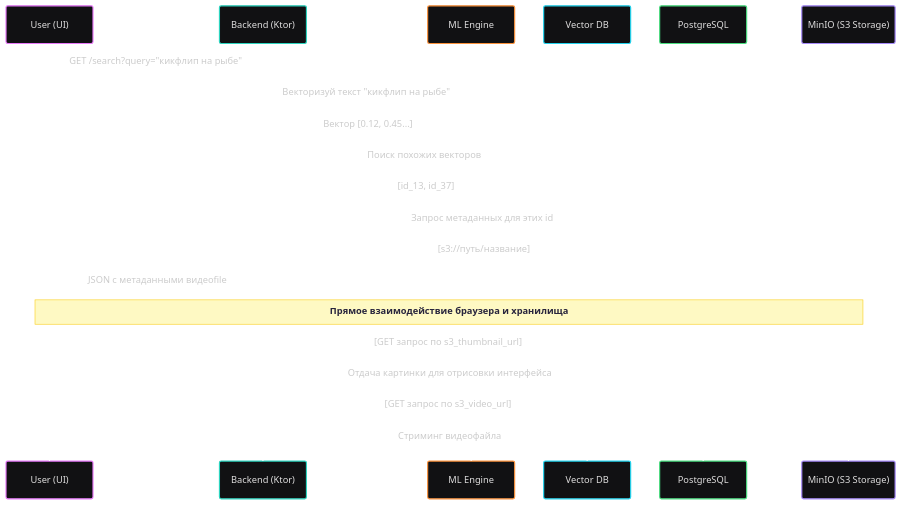
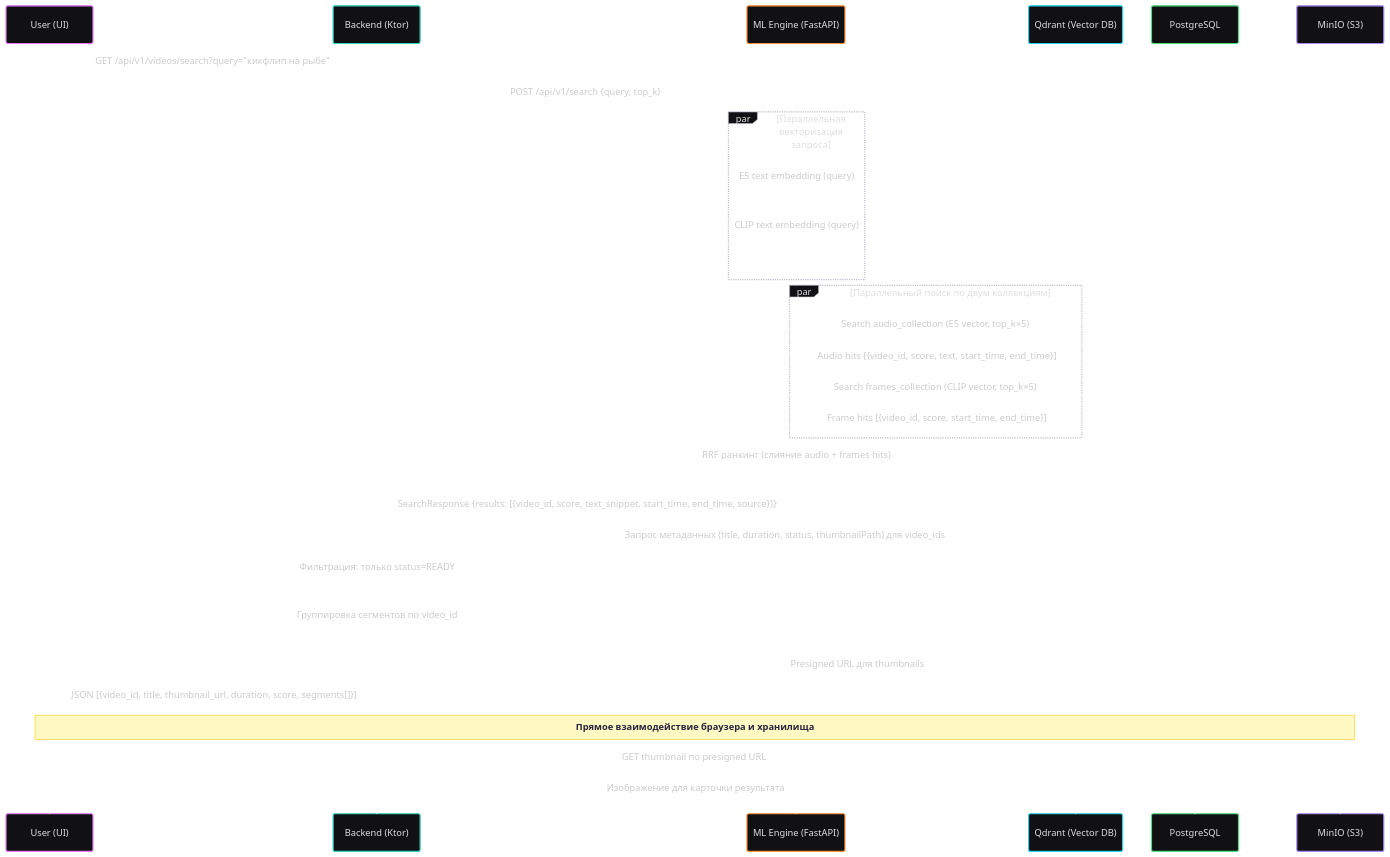
One commit to Team-v3-9-a/OmniSearch-Engine changed the diagram in docs/architecture/retrieval-pipeline.md. Above: the diagram before and after it, drawn with Mermaid. The commit also changed other lines of this file and 4 other files, not shown here.

Commit message:
docs: add project documentation, API specification, and architectural overview files

````diff
--- a/docs/architecture/retrieval-pipeline.md
+++ b/docs/architecture/retrieval-pipeline.md
@@ -1,27 +7,41 @@
 ```mermaid
 ---
 config:
   theme: redux-dark-color
 ---
 sequenceDiagram
     participant U as User (UI)
     participant K as Backend (Ktor)
-    participant ML as ML Engine
-    participant V as Vector DB
+    participant ML as ML Engine (FastAPI)
+    participant QD as Qdrant (Vector DB)
     participant DB as PostgreSQL
-    participant S3 as MinIO (S3 Storage)
+    participant S3 as MinIO (S3)
 
-    U->>K: GET /search?query="кикфлип на рыбе"
-    K->>ML: Векторизуй текст "кикфлип на рыбе"
-    ML-->>K: Вектор [0.12, 0.45...]
-    K->>V: Поиск похожих векторов   
-    V-->>K: [id_13, id_37]
-    K->>DB: Запрос метаданных для этих id
-    DB-->>K:[s3://путь/название]
-    K-->>U: JSON с метаданными видеоfile
+    U->>K: GET /api/v1/videos/search?query="кикфлип на рыбе"
+    K->>ML: POST /api/v1/search {query, top_k}
+
+    par Параллельная векторизация запроса
+        ML->>ML: E5 text embedding (query)
+        ML->>ML: CLIP text embedding (query)
+    end
+
+    par Параллельный поиск по двум коллекциям
+        ML->>QD: Search audio_collection (E5 vector, top_k×5)
+        QD-->>ML: Audio hits [{video_id, score, text, start_time, end_time}]
+        ML->>QD: Search frames_collection (CLIP vector, top_k×5)
+        QD-->>ML: Frame hits [{video_id, score, start_time, end_time}]
+    end
+
+    ML->>ML: RRF ранкинг (слияние audio + frames hits)
+    ML-->>K: SearchResponse {results: [{video_id, score, text_snippet, start_time, end_time, source}]}
+
+    K->>DB: Запрос метаданных (title, duration, status, thumbnailPath) для video_ids
+    K->>K: Фильтрация: только status=READY
+    K->>K: Группировка сегментов по video_id
+    K->>S3: Presigned URL для thumbnails
+    K-->>U: JSON [{video_id, title, thumbnail_url, duration, score, segments[]}]
+
     Note over U, S3: Прямое взаимодействие браузера и хранилища
-    U->>S3: [GET запрос по s3_thumbnail_url]
-    S3-->>U: Отдача картинки для отрисовки интерфейса
-    U->>S3: [GET запрос по s3_video_url]
-    S3-->>U: Стриминг видеофайла
+    U->>S3: GET thumbnail по presigned URL
+    S3-->>U: Изображение для карточки результата
 ```
````
